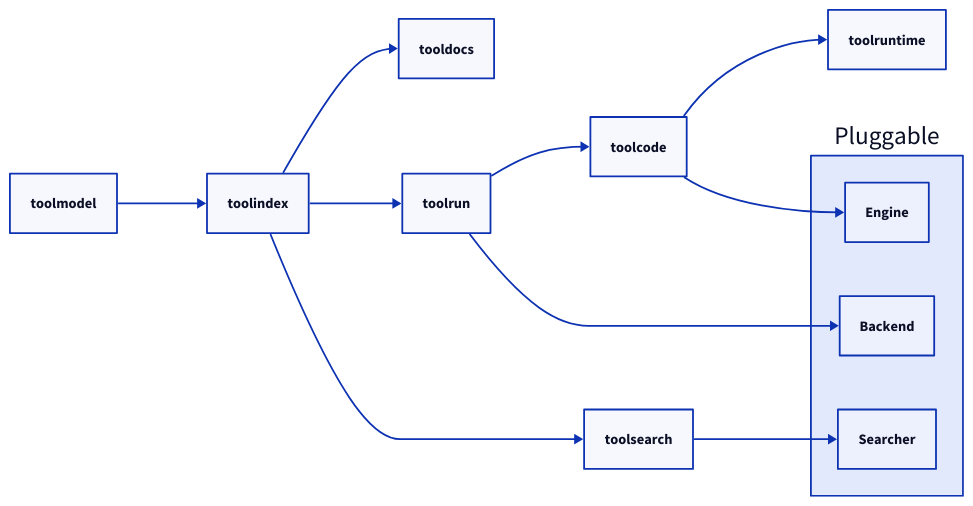
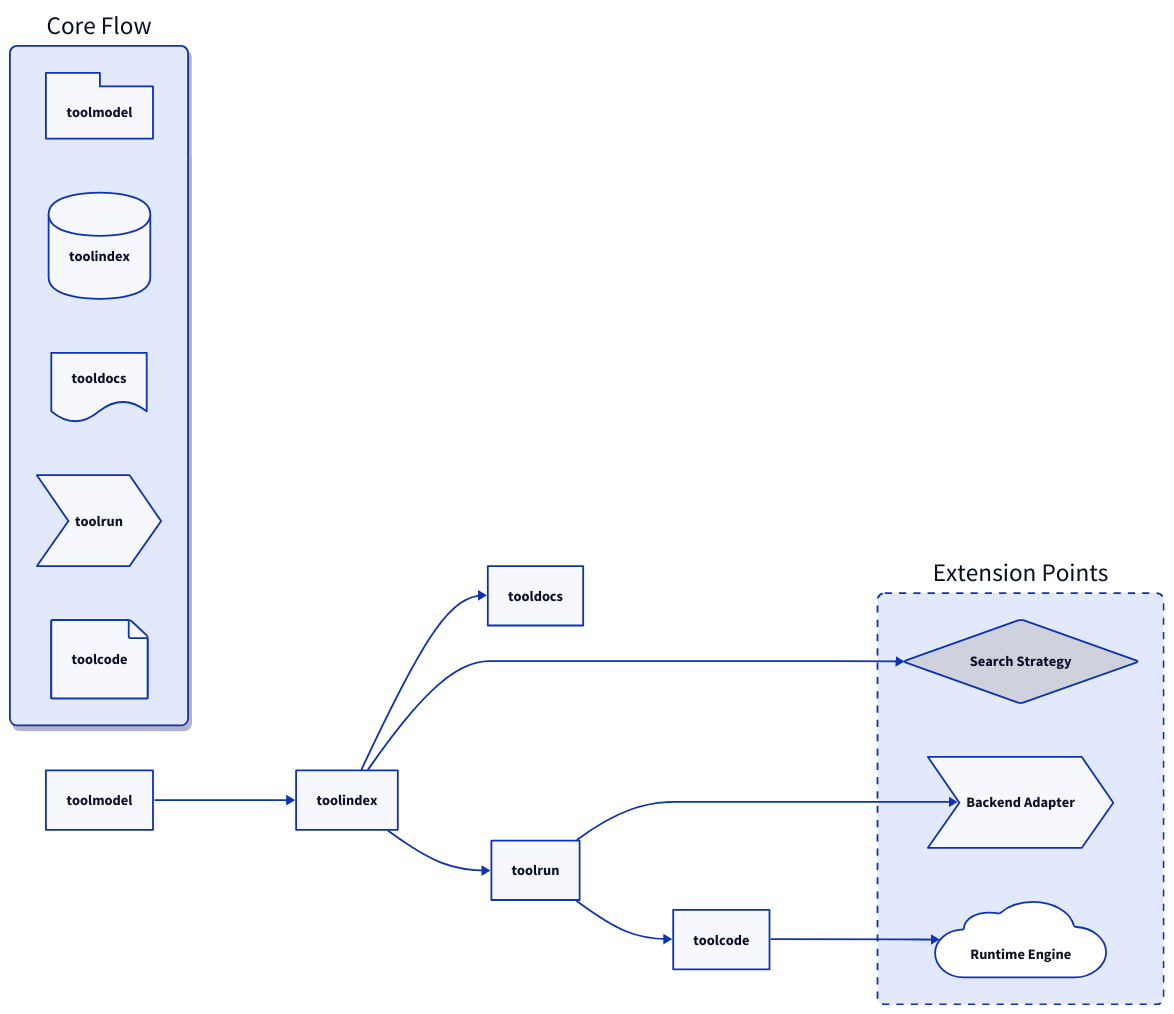
One commit to jonwraymond/ai-tools-stack changed the diagram in docs/diagrams/pluggable-architecture.d2. Above: the diagram before and after it, drawn with D2. The commit also changed 38 other files, not shown here.

Commit message:
docs: migrate diagrams to d2

```diff
--- a/docs/diagrams/pluggable-architecture.d2
+++ b/docs/diagrams/pluggable-architecture.d2
@@ -1,19 +1,38 @@
 direction: right
+
+style: { font-size: 14 }
+
+flow: {
+  label: "Core Flow"
+  style: {
+  border-radius: 8
+  shadow: true
+}
+
+  toolmodel: { shape: package }
+  toolindex: { shape: cylinder }
+  tooldocs: { shape: document }
+  toolrun: { shape: step }
+  toolcode: { shape: page }
+}
+
+extensions: {
+  label: "Extension Points"
+  style: {
+    border-radius: 8
+    stroke-dash: 4
+  }
+
+  searcher: "Search Strategy" { shape: diamond }
+  backend: "Backend Adapter" { shape: step }
+  engine: "Runtime Engine" { shape: cloud }
+}
 
 toolmodel -> toolindex
  toolindex -> tooldocs
  toolindex -> toolrun
  toolrun -> toolcode
- toolcode -> toolruntime
- toolindex -> toolsearch
 
-Pluggable: {
-  label: "Pluggable"
-  Searcher
-  Backend
-  Engine
-}
-
-toolsearch -> Pluggable.Searcher
- toolrun -> Pluggable.Backend
- toolcode -> Pluggable.Engine
+ toolindex -> extensions.searcher
+ toolrun -> extensions.backend
+ toolcode -> extensions.engine
```
